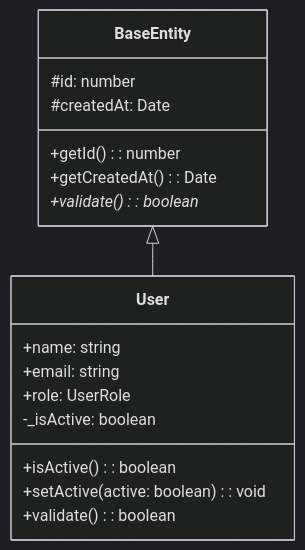
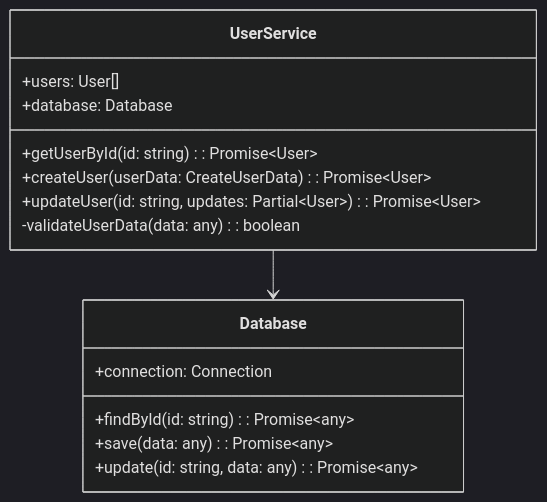
Before and after one commit to cloudOfWorld/ts_callgraph: the diagram in README.md, drawn with Mermaid (dark theme). The commit also changed other lines of this file and 4 other files, not shown here.

````diff
--- a/README.md
+++ b/README.md
@@ -151,22 +182,20 @@
 ```mermaid
 classDiagram
-  class User {
-    +name: string
-    +email: string
-    +role: UserRole
-    -_isActive: boolean
-    +isActive(): boolean
-    +setActive(active: boolean): void
-    +validate(): boolean
+  class UserService {
+    +users: User[]
+    +database: Database
+    +getUserById(id: string): Promise~User~
+    +createUser(userData: CreateUserData): Promise~User~
+    +updateUser(id: string, updates: Partial~User~): Promise~User~
+    -validateUserData(data: any): boolean
   }
   
-  class BaseEntity {
-    #id: number
-    #createdAt: Date
-    +getId(): number
-    +getCreatedAt(): Date
-    +validate(): boolean*
+  class Database {
+    +connection: Connection
+    +findById(id: string): Promise~any~
+    +save(data: any): Promise~any~
+    +update(id: string, data: any): Promise~any~
   }
   
-  BaseEntity <|-- User
+  UserService --> Database
 ```
````
